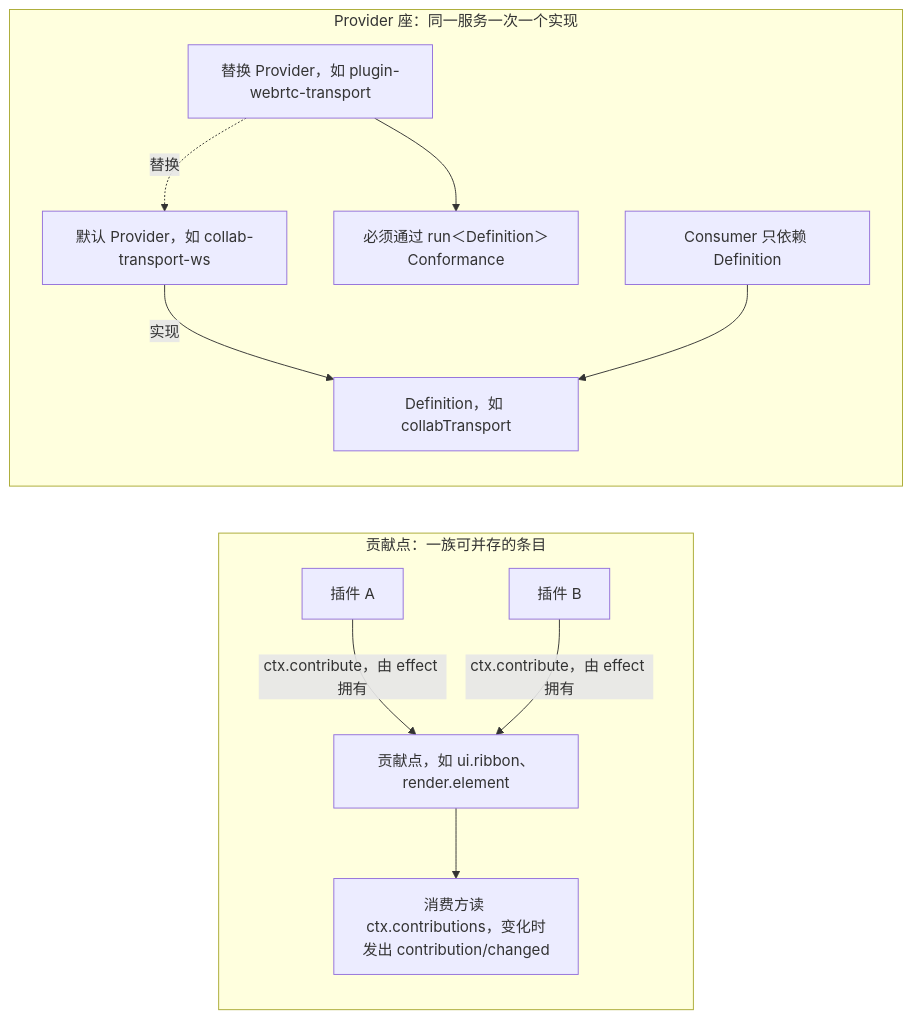
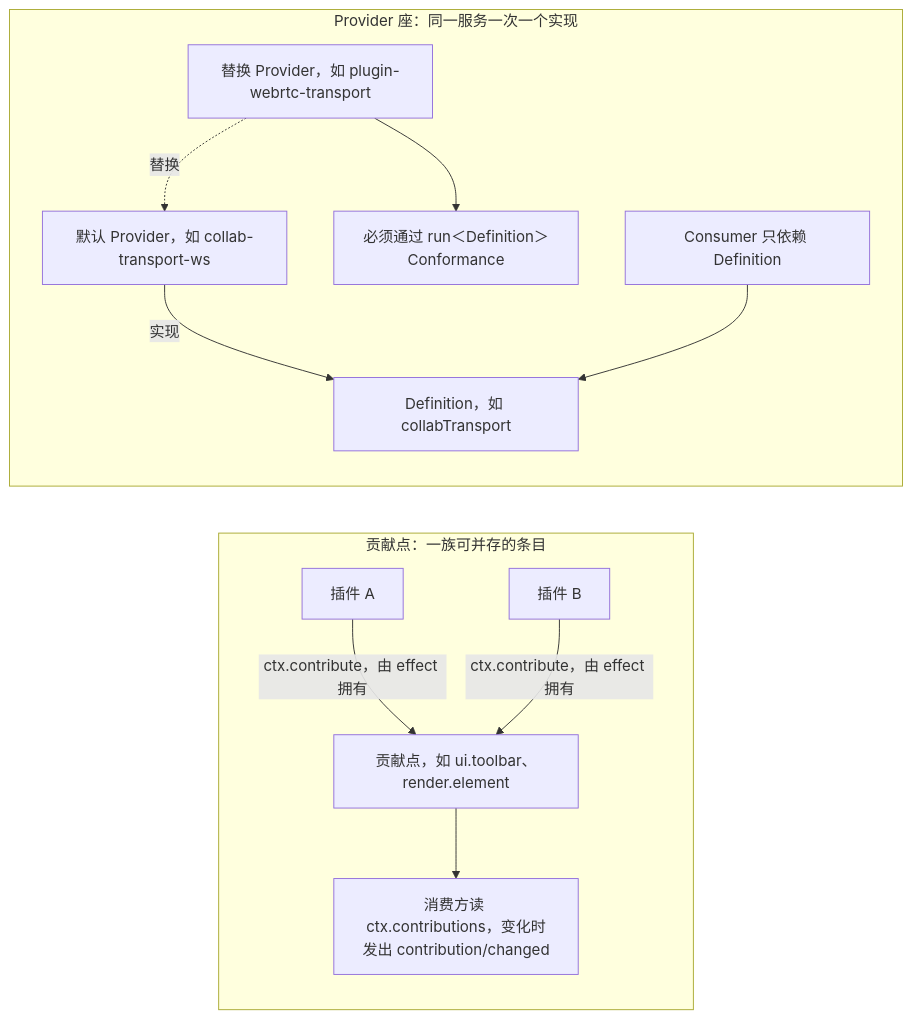
One commit to Xeonice/cordis-ppt-editor changed the second of 4 diagrams in docs/10-prd/03-features/04-plugin-sdk.md. Above: the diagram before and after it, drawn with Mermaid. The commit also changed other lines of this file and 16 other files, not shown here.

First line of the commit message:
docs(prd): 按设计语言 v3 改读需求表述（第 0–3 批与母版视图改版）

````diff
--- a/docs/10-prd/03-features/04-plugin-sdk.md
+++ b/docs/10-prd/03-features/04-plugin-sdk.md
@@ -98,23 +98,23 @@
 ```mermaid
 flowchart LR
   subgraph cp["贡献点：一族可并存的条目"]
     plugA["插件 A"]
     plugB["插件 B"]
-    point["贡献点，如 ui.ribbon、render.element"]
+    point["贡献点，如 ui.toolbar、render.element"]
     readers["消费方读 ctx.contributions，变化时发出 contribution/changed"]
   end
   subgraph slot["Provider 座：同一服务一次一个实现"]
     def["Definition，如 collabTransport"]
     prov1["默认 Provider，如 collab-transport-ws"]
     prov2["替换 Provider，如 plugin-webrtc-transport"]
     suite["必须通过 run＜Definition＞Conformance"]
     consumer["Consumer 只依赖 Definition"]
   end
   plugA -->|"ctx.contribute，由 effect 拥有"| point
   plugB -->|"ctx.contribute，由 effect 拥有"| point
   point --> readers
   prov1 -->|"实现"| def
   prov2 -.->|"替换"| prov1
   prov2 --> suite
   consumer --> def
 ```
````
